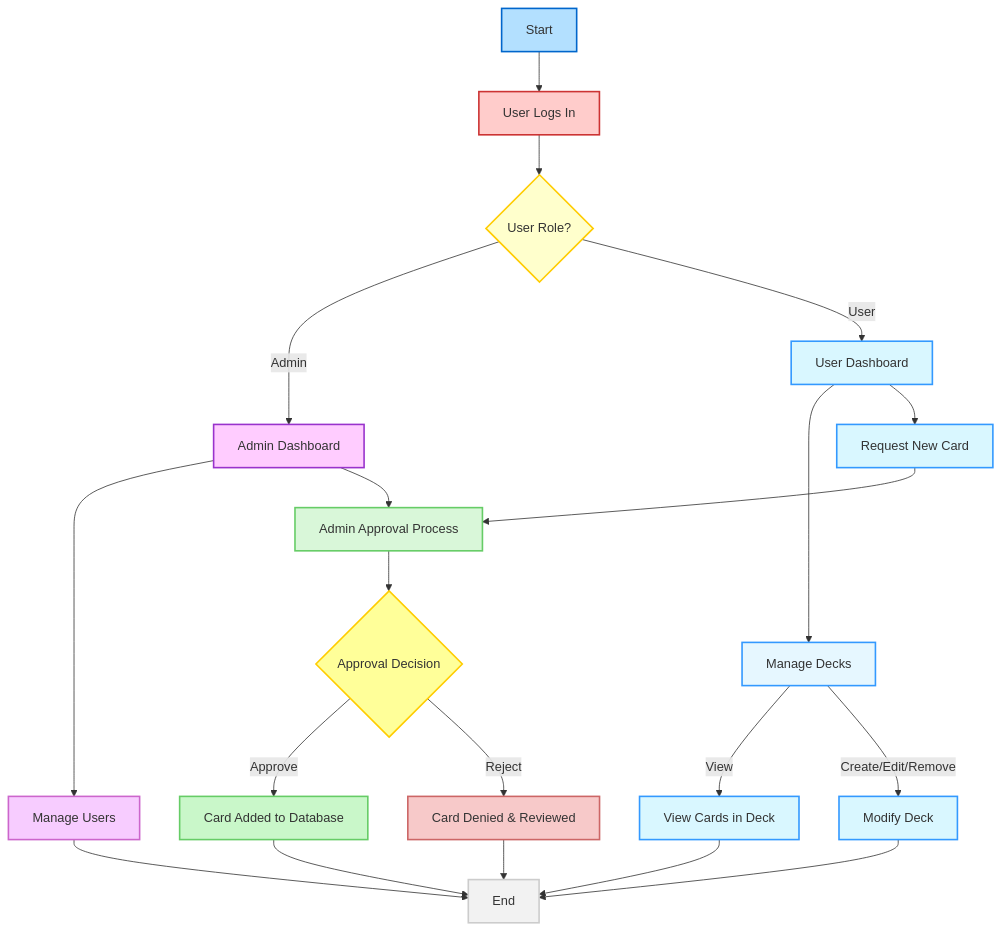
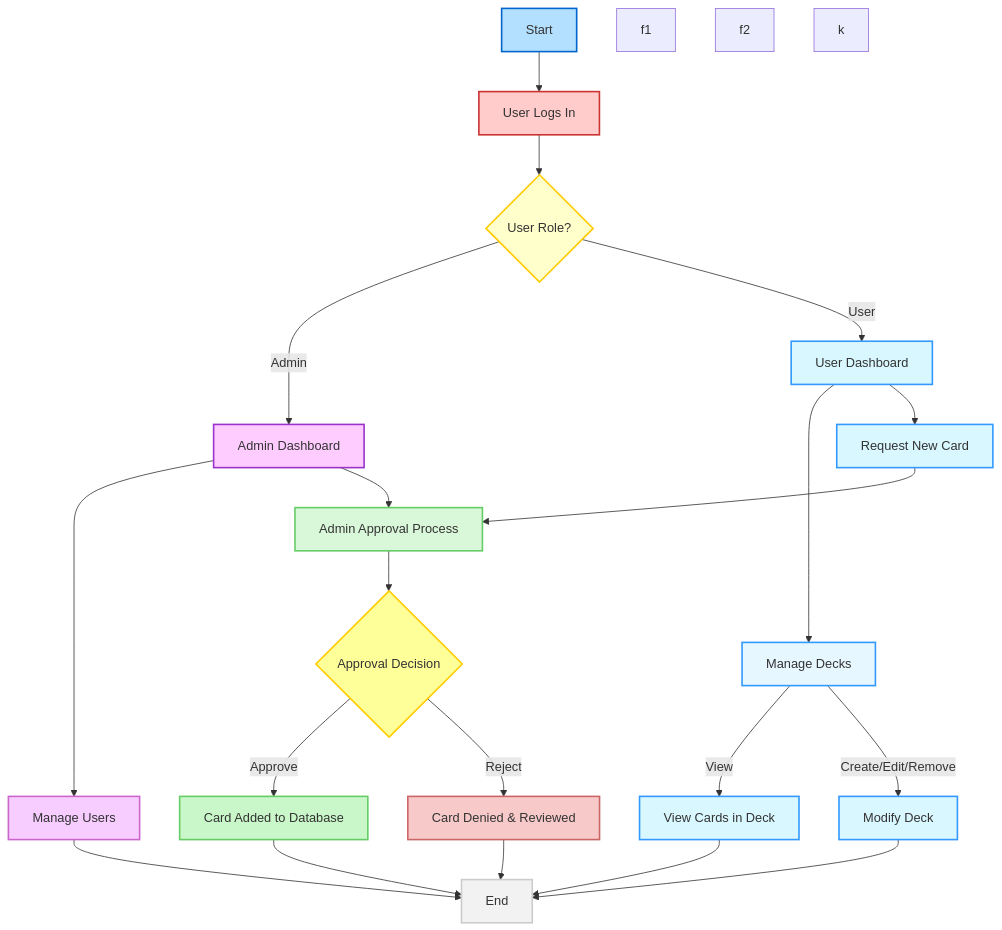
Before and after one commit to LoganPickell/git-practice-LoganPickell: the second of 2 diagrams in Diagrams/READMYDIAGAMS.md, drawn with Mermaid.

Commit message:
Fix text color

````diff
--- a/Diagrams/READMYDIAGAMS.md
+++ b/Diagrams/READMYDIAGAMS.md
@@ -53,58 +53,61 @@
 ```mermaid
 flowchart TD
     %% Start Point
     A[Start] --> B[User Logs In]
 
     %% Role Decision
     B --> C{User Role?}
     C -->|Admin| D[Admin Dashboard]
     C -->|User| E[User Dashboard]
 
     %% User Dashboard Actions
     E --> F[Manage Decks]
     F -->|View| F1[View Cards in Deck]
     F -->|Create/Edit/Remove| F2[Modify Deck]
     E --> K[Request New Card]
 
     %% Admin Actions
     D --> N[Manage Users]
     D --> M[Admin Approval Process]
 
     %% Card Request linked to Admin Approval
     K --> M
 
     %% Approval Decision
     M --> M1{Approval Decision}
     M1 -->|Approve| O[Card Added to Database]
     M1 -->|Reject| P[Card Denied & Reviewed]
 
     %% End Point
     O --> V[End]
     P --> V
     F1 --> V
     F2 --> V
     N --> V
 
     %% Styling
     style A fill:#b3e0ff,stroke:#0066cc,stroke-width:2px, color:000000
     style B fill:#ffcccb,stroke:#cc3333,stroke-width:2px, color:000000
     style C fill:#ffffcc,stroke:#ffcc00,stroke-width:2px, color:000000
     style E fill:#d9f7ff,stroke:#3399ff,stroke-width:2px, color:000000
     style F fill:#e6f7ff,stroke:#3399ff,stroke-width:2px, color:000000
     style D fill:#ffccff,stroke:#9933cc,stroke-width:2px, color:000000
     style N fill:#f7ccff,stroke:#cc66cc,stroke-width:2px, color:000000
     style M fill:#d9f7d9,stroke:#66cc66,stroke-width:2px, color:000000
     style M1 fill:#ffff99,stroke:#ffcc00,stroke-width:2px, color:000000
     style O fill:#c9f7c9,stroke:#66cc66,stroke-width:2px, color:000000
     style P fill:#f7c9c9,stroke:#cc6666,stroke-width:2px, color:000000
     style V fill:#f2f2f2,stroke:#cccccc,stroke-width:2px, color:000000
+    style f1 fill: color:000000
+    style f2 fill: color:000000
+    style k fill: color:000000
 
     %% Role-Based Styling with classDef
     classDef user fill:#d9f7ff,stroke:#3399ff,stroke-width:2px;
     classDef admin fill:#ffccff,stroke:#9933cc,stroke-width:2px;
 
     %% Apply role-based classes explicitly
     class E,F1,F2,K user; 
     class D,N,M admin;     
 
 ```
````
